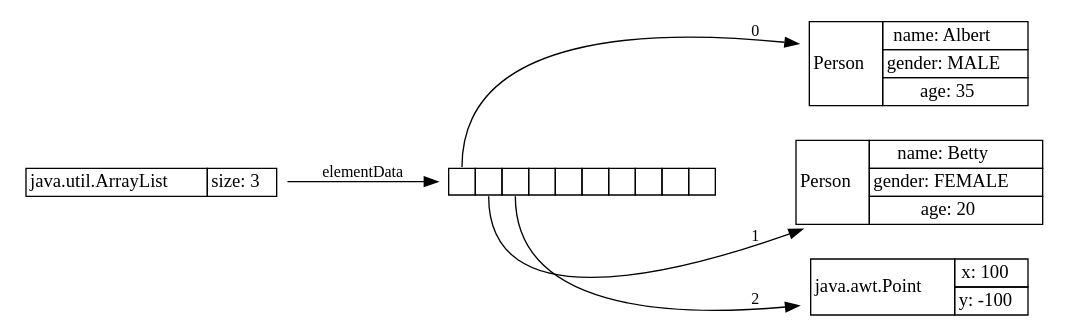
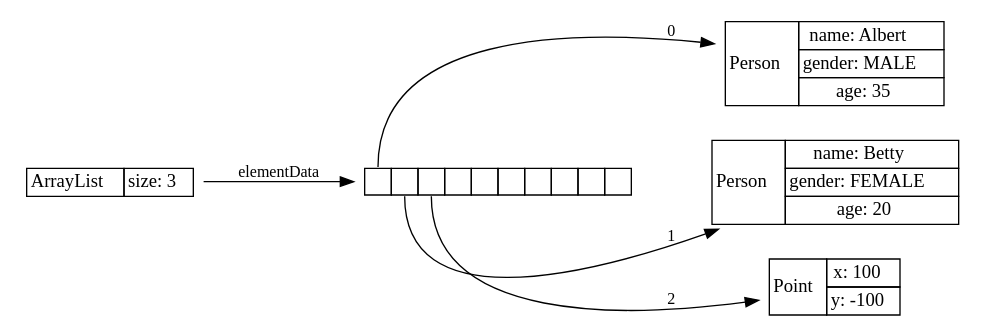
The third of 18 diagrams in doc/src/main/asciidoc/start.adoc (openjdk/jol), drawn with Graphviz before and after one commit. The commit also changed other lines of this file and 3 other files, not shown here.

```diff
--- a/doc/src/main/asciidoc/start.adoc
+++ b/doc/src/main/asciidoc/start.adoc
@@ -170,83 +170,83 @@
 [graphviz]
 ----
 digraph Java {
 	rankdir="LR";
 	node[shape=plaintext]
 	n1[label=<
 		<table border='0' cellborder='1' cellspacing='0'>
 			<tr>
-				<td rowspan='2'>java.util.ArrayList</td>
+				<td rowspan='2'>ArrayList</td>
 			</tr>
 			<tr>
 				<td>size: 3</td>
 			</tr>
 		</table>
 	>];
 	n2[label=<
 		<table border='0' cellborder='1' cellspacing='0' cellpadding='9'>
 			<tr>
 				<td port="f0"></td>
 				<td port="f1"></td>
 				<td port="f2"></td>
 				<td port="f3"></td>
 				<td port="f4"></td>
 				<td port="f5"></td>
 				<td port="f6"></td>
 				<td port="f7"></td>
 				<td port="f8"></td>
 				<td port="f9"></td>
 			</tr>
 		</table>
 	>];
 	n3[label=<
 		<table border='0' cellborder='1' cellspacing='0'>
 			<tr>
 				<td rowspan='4'>Person</td>
 			</tr>
 			<tr>
 				<td>name: Albert</td>
 			</tr>
 			<tr>
 				<td>gender: MALE</td>
 			</tr>
 			<tr>
 				<td>age: 35</td>
 			</tr>
 		</table>
 	>];
 	n2:f0 -> n3[label="0",fontsize=12];
 	n4[label=<
 		<table border='0' cellborder='1' cellspacing='0'>
 			<tr>
 				<td rowspan='4'>Person</td>
 			</tr>
 			<tr>
 				<td>name: Betty</td>
 			</tr>
 			<tr>
 				<td>gender: FEMALE</td>
 			</tr>
 			<tr>
 				<td>age: 20</td>
 			</tr>
 		</table>
 	>];
 	n2:f1 -> n4[label="1",fontsize=12];
 	n5[label=<
 		<table border='0' cellborder='1' cellspacing='0'>
 			<tr>
-				<td rowspan='3'>java.awt.Point</td>
+				<td rowspan='3'>Point</td>
 			</tr>
 			<tr>
 				<td>x: 100</td>
 			</tr>
 			<tr>
 				<td>y: -100</td>
 			</tr>
 		</table>
 	>];
 	n2:f2 -> n5[label="2",fontsize=12];
 	n1 -> n2[label="elementData",fontsize=12];
 }
 
 ----
```
